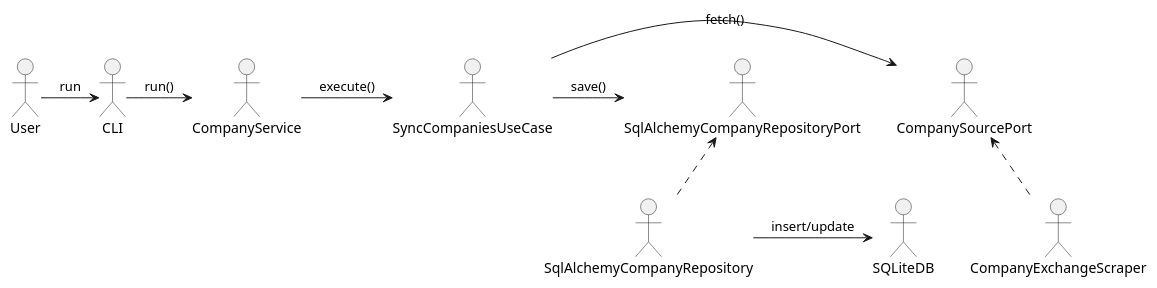
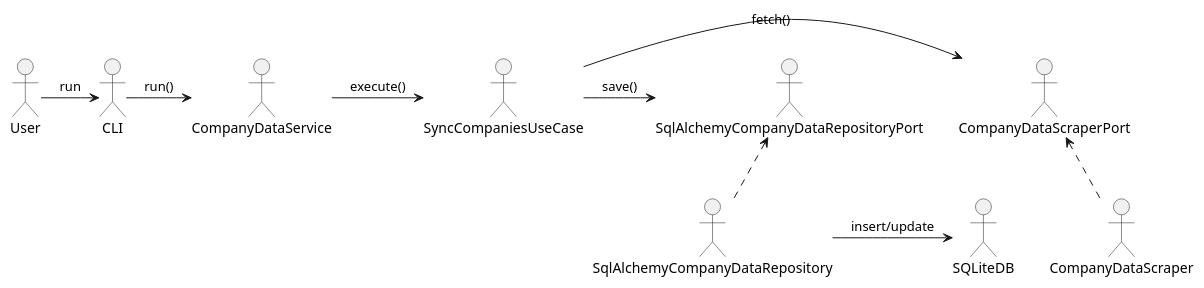
The diagram in ARCHITECTURE.md (faustostangler/FL2), drawn with PlantUML before and after one commit. The commit also changed other lines of this file and 52 other files, not shown here.

Commit message:
company_data big rename

````diff
--- a/ARCHITECTURE.md
+++ b/ARCHITECTURE.md
@@ -171,14 +171,14 @@
 ```plantuml
 @startuml
 skinparam componentStyle rectangle
 actor User
 User -> CLI : run
-CLI -> CompanyService : run()
-CompanyService -> SyncCompaniesUseCase : execute()
-SyncCompaniesUseCase -> CompanySourcePort : fetch()
-CompanySourcePort <.. CompanyExchangeScraper
-SyncCompaniesUseCase -> SqlAlchemyCompanyRepositoryPort : save()
-SqlAlchemyCompanyRepositoryPort <.. SqlAlchemyCompanyRepository
-SqlAlchemyCompanyRepository -> SQLiteDB : insert/update
+CLI -> CompanyDataService : run()
+CompanyDataService -> SyncCompaniesUseCase : execute()
+SyncCompaniesUseCase -> CompanyDataScraperPort : fetch()
+CompanyDataScraperPort <.. CompanyDataScraper
+SyncCompaniesUseCase -> SqlAlchemyCompanyDataRepositoryPort : save()
+SqlAlchemyCompanyDataRepositoryPort <.. SqlAlchemyCompanyDataRepository
+SqlAlchemyCompanyDataRepository -> SQLiteDB : insert/update
 @enduml
 ```
````
